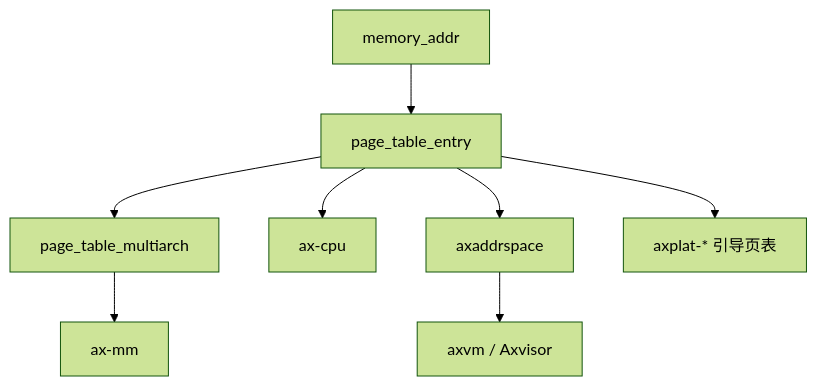
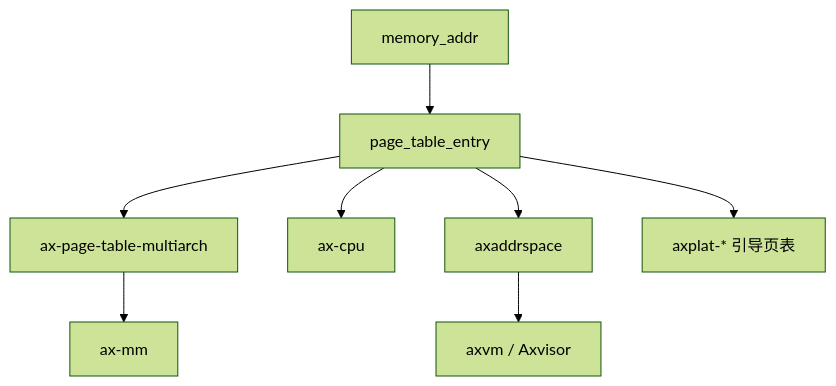
Before and after one commit to rcore-os/tgoskits: the diagram in docs/crates/page_table_entry.md, drawn with Mermaid (forest theme). The commit also changed other lines of this file and 48 other files, not shown here.

Commit message:
rename page_table_multiarch to ax-page-table-multiarch

````diff
--- a/docs/crates/page_table_entry.md
+++ b/docs/crates/page_table_entry.md
@@ -184,10 +184,10 @@
 ```mermaid
 graph TD
     A[memory_addr] --> B[page_table_entry]
-    B --> C[page_table_multiarch]
+    B --> C[ax-page-table-multiarch]
     B --> D[ax-cpu]
     B --> E[axaddrspace]
     C --> F[ax-mm]
     E --> G[axvm / Axvisor]
     B --> H[axplat-* 引导页表]
 ```
````
